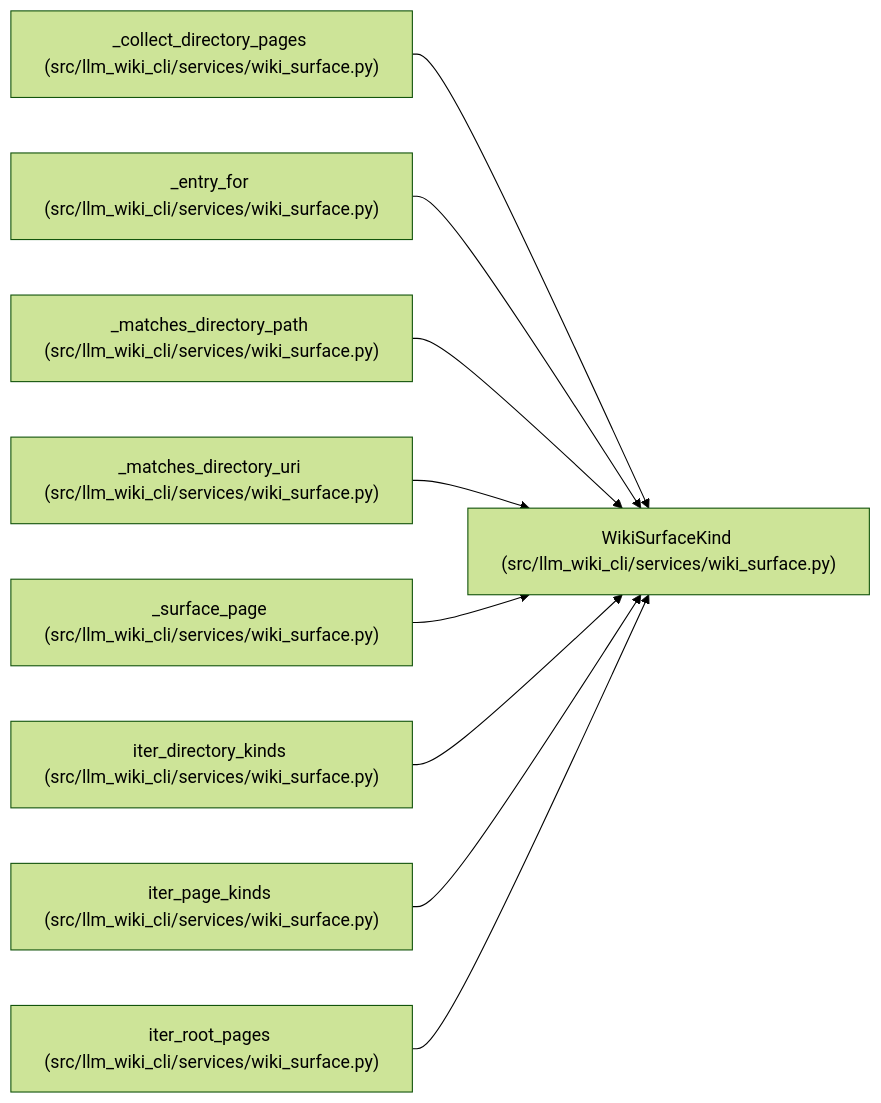
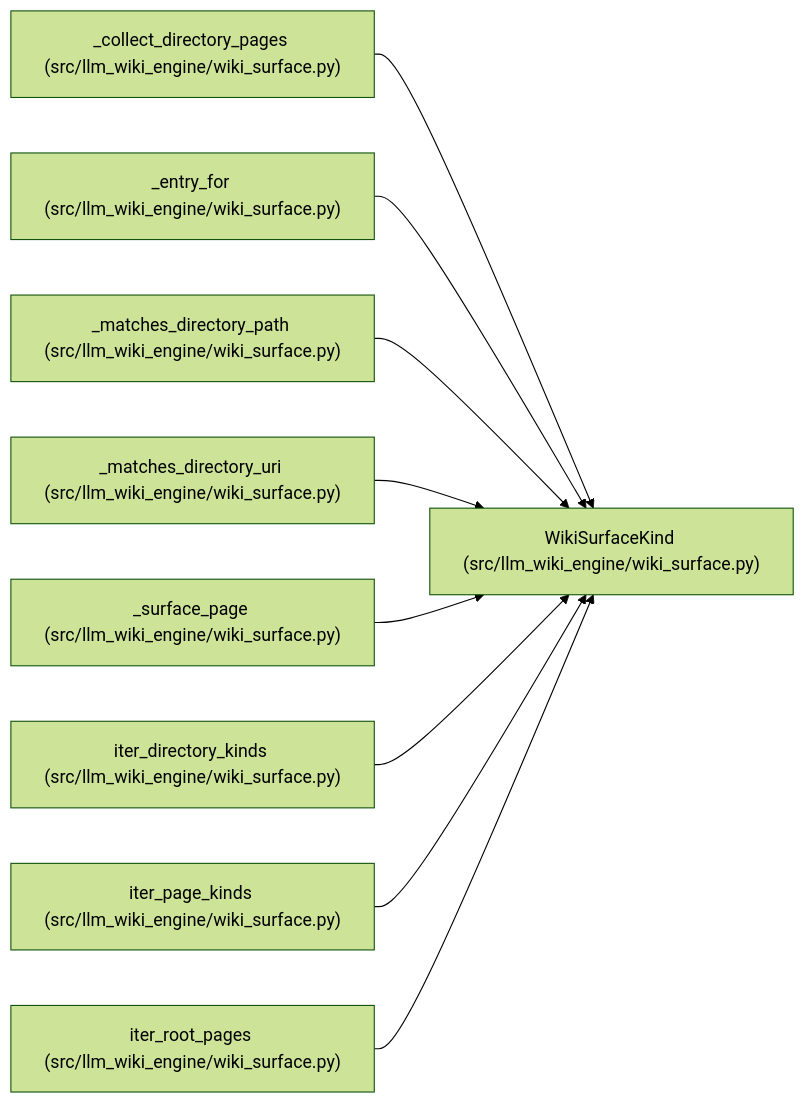
The diagram in docs/llm_wiki/entities/WikiSurfaceKind.md (Denissvgn/python-wiki-llm), drawn with Mermaid (forest theme) before and after one commit. The commit also changed other lines of this file and 1103 other files, not shown here.

First line of the commit message:
docs: refresh the wiki for the llm-wiki-engine distribution

````diff
--- a/docs/llm_wiki/entities/WikiSurfaceKind.md
+++ b/docs/llm_wiki/entities/WikiSurfaceKind.md
@@ -35,29 +35,29 @@
 ```mermaid
 flowchart LR
-    n0["WikiSurfaceKind (src/llm_wiki_cli/services/wiki_surface.py)"]
-    n1["_collect_directory_pages (src/llm_wiki_cli/services/wiki_surface.py)"]
-    n2["_entry_for (src/llm_wiki_cli/services/wiki_surface.py)"]
-    n3["_matches_directory_path (src/llm_wiki_cli/services/wiki_surface.py)"]
-    n4["_matches_directory_uri (src/llm_wiki_cli/services/wiki_surface.py)"]
-    n5["_surface_page (src/llm_wiki_cli/services/wiki_surface.py)"]
-    n6["iter_directory_kinds (src/llm_wiki_cli/services/wiki_surface.py)"]
-    n7["iter_page_kinds (src/llm_wiki_cli/services/wiki_surface.py)"]
-    n8["iter_root_pages (src/llm_wiki_cli/services/wiki_surface.py)"]
+    n0["WikiSurfaceKind (src/llm_wiki_engine/wiki_surface.py)"]
+    n1["_collect_directory_pages (src/llm_wiki_engine/wiki_surface.py)"]
+    n2["_entry_for (src/llm_wiki_engine/wiki_surface.py)"]
+    n3["_matches_directory_path (src/llm_wiki_engine/wiki_surface.py)"]
+    n4["_matches_directory_uri (src/llm_wiki_engine/wiki_surface.py)"]
+    n5["_surface_page (src/llm_wiki_engine/wiki_surface.py)"]
+    n6["iter_directory_kinds (src/llm_wiki_engine/wiki_surface.py)"]
+    n7["iter_page_kinds (src/llm_wiki_engine/wiki_surface.py)"]
+    n8["iter_root_pages (src/llm_wiki_engine/wiki_surface.py)"]
     n1 --> n0
     n2 --> n0
     n3 --> n0
     n4 --> n0
     n5 --> n0
     n6 --> n0
     n7 --> n0
     n8 --> n0
     click n0 "../modules/wiki_surface.md"
     click n1 "../modules/wiki_surface.md"
     click n2 "../modules/wiki_surface.md"
     click n3 "../modules/wiki_surface.md"
     click n4 "../modules/wiki_surface.md"
     click n5 "../modules/wiki_surface.md"
     click n6 "../modules/wiki_surface.md"
     click n7 "../modules/wiki_surface.md"
     click n8 "../modules/wiki_surface.md"
 ```
````
